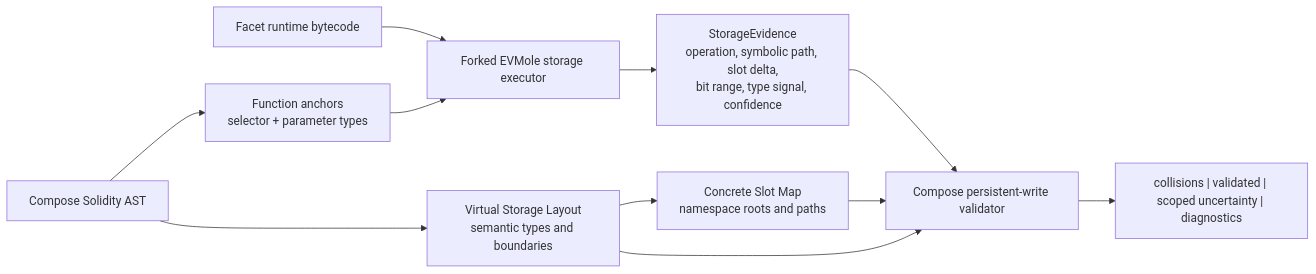
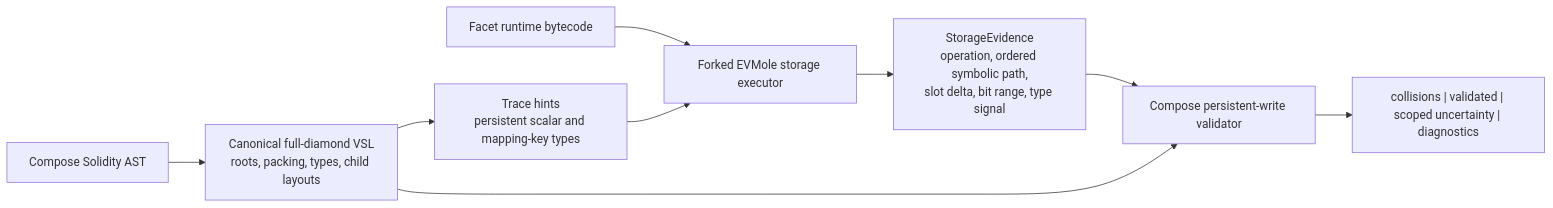
Before and after one commit to 0x76agabond/compose-bytecode-validation: the third of 3 diagrams in Architecture.md, drawn with Mermaid. The commit also changed other lines of this file and 1 other file, not shown here.

Commit message:
docs: update VSL validation architecture

````diff
--- a/Architecture.md
+++ b/Architecture.md
@@ -239,15 +251,13 @@
 ```mermaid
 flowchart LR
-    ast["Compose Solidity AST"] --> vsl["Virtual Storage Layout<br/>semantic types and boundaries"]
-    ast --> anchors["Function anchors<br/>selector + parameter types"]
-    vsl --> slotmap["Concrete Slot Map<br/>namespace roots and paths"]
+    ast["Compose Solidity AST"] --> vsl["Canonical full-diamond VSL<br/>roots, packing, types, child layouts"]
 
     bytecode["Facet runtime bytecode"] --> engine["Forked EVMole storage executor"]
-    anchors --> engine
-    engine --> evidence["StorageEvidence<br/>operation, symbolic path, slot delta,<br/>bit range, type signal, confidence"]
+    vsl --> hints["Trace hints<br/>persistent scalar and mapping-key types"]
+    hints --> engine
+    engine --> evidence["StorageEvidence<br/>operation, ordered symbolic path,<br/>slot delta, bit range, type signal"]
 
     evidence --> matcher["Compose persistent-write validator"]
-    slotmap --> matcher
     vsl --> matcher
     matcher --> verdict["collisions | validated | scoped uncertainty | diagnostics"]
 ```
````
